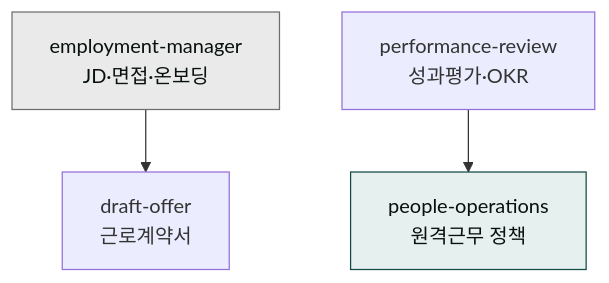
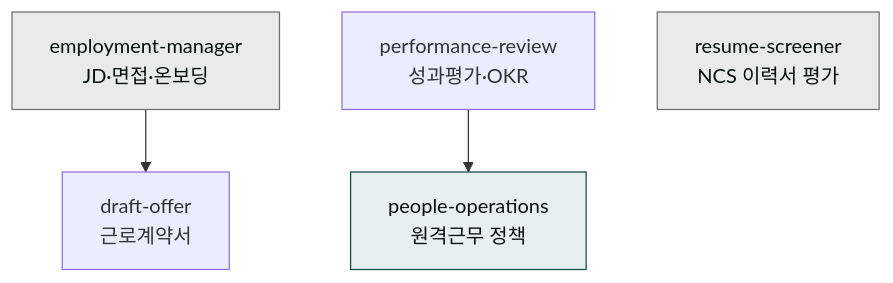
The first of 2 diagrams in content/plugins/moai-hr.md (modu-ai/claude), drawn with Mermaid before and after one commit. The commit also changed other lines of this file and 84 other files, not shown here.

First line of the commit message:
docs(docs-site): drawio → mermaid 전환 + 카운트 정정 + drawio 잔재 제거 (v2.23.0)

````diff
--- a/content/plugins/moai-hr.md
+++ b/content/plugins/moai-hr.md
@@ -13,7 +13,9 @@
 ```mermaid
 flowchart TD
     A["employment-manager<br/>JD·면접·온보딩"] --> B["draft-offer<br/>근로계약서"]
     C["performance-review<br/>성과평가·OKR"] --> D["people-operations<br/>원격근무 정책"]
+    E["resume-screener<br/>NCS 이력서 평가"]
     style A fill:#eaeaea,stroke:#6e6e6e,color:#09110f
     style D fill:#e6f0ef,stroke:#144a46,color:#09110f
+    style E fill:#eaeaea,stroke:#6e6e6e,color:#09110f
 ```
````
